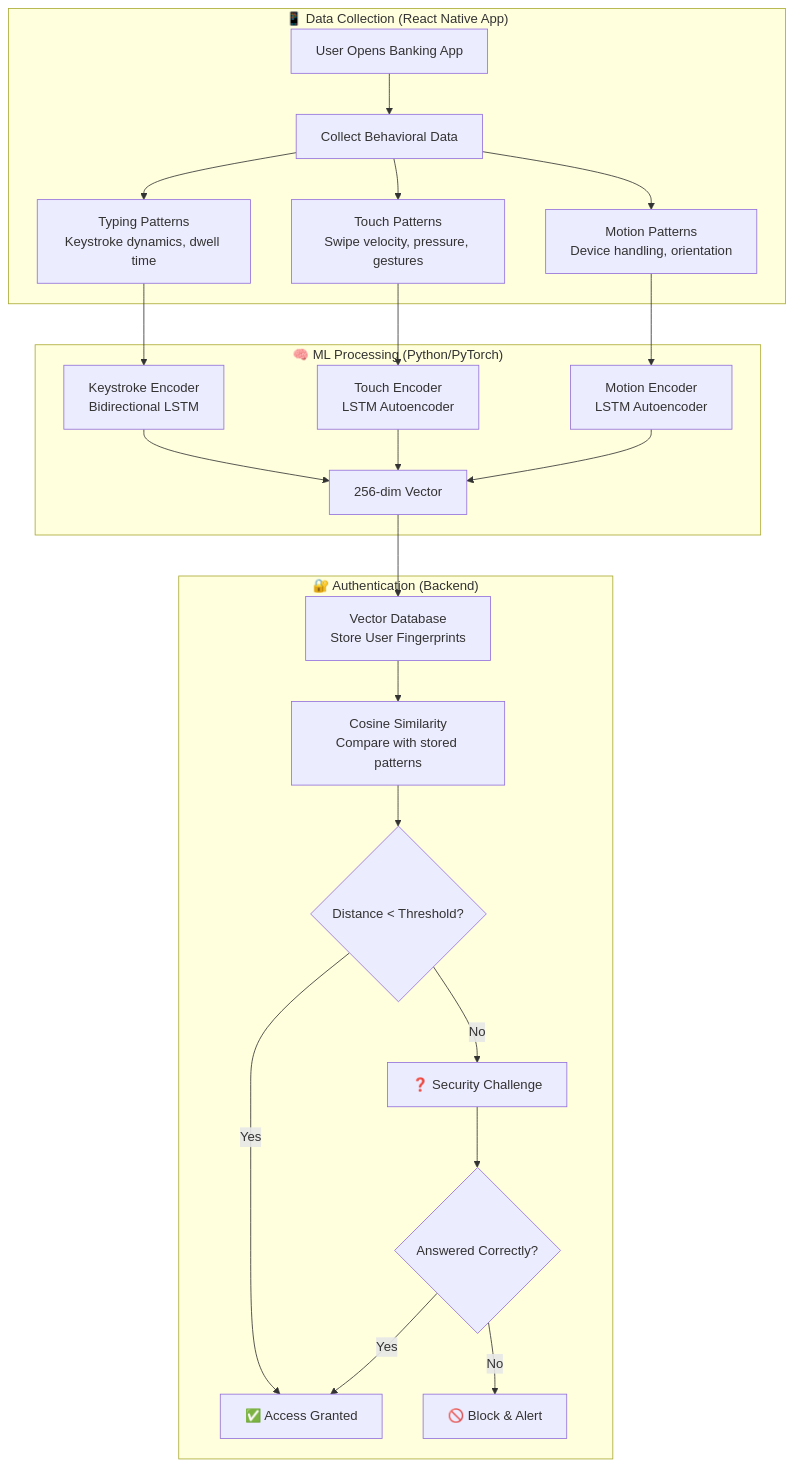
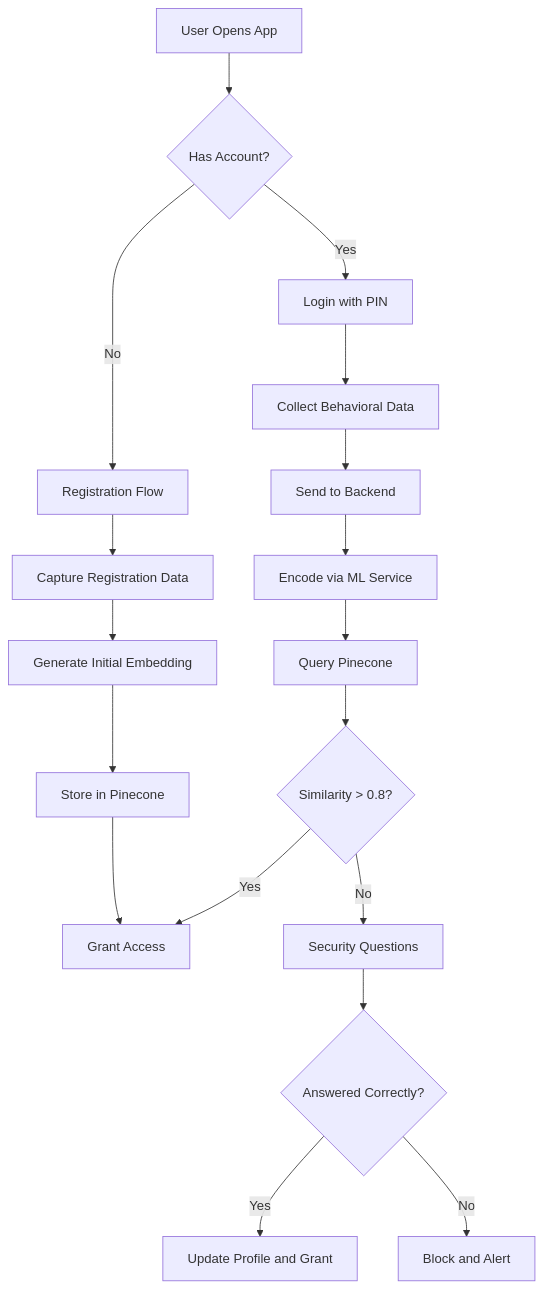
The third of 4 diagrams in README.md (kartik-shirale/behaviour-based-authentication), drawn with Mermaid before and after one commit. The commit also changed other lines of this file and 196 other files, not shown here.

````diff
--- a/README.md
+++ b/README.md
@@ -44,29 +146,24 @@
 ```mermaid
 flowchart TD
-    subgraph DATA["📱 Data Collection (React Native App)"]
-        A[User Opens Banking App] --> B[Collect Behavioral Data]
-        B --> C[Typing Patterns<br/>Keystroke dynamics, dwell time]
-        B --> D[Touch Patterns<br/>Swipe velocity, pressure, gestures]
-        B --> E[Motion Patterns<br/>Device handling, orientation]
-    end
-
-    subgraph ML["🧠 ML Processing (Python/PyTorch)"]
-        C --> F[Keystroke Encoder<br/>Bidirectional LSTM]
-        D --> G[Touch Encoder<br/>LSTM Autoencoder]
-        E --> H[Motion Encoder<br/>LSTM Autoencoder]
-        F --> I[256-dim Vector]
-        G --> I
-        H --> I
-    end
-
-    subgraph AUTH["🔐 Authentication (Backend)"]
-        I --> J[Vector Database<br/>Store User Fingerprints]
-        J --> K[Cosine Similarity<br/>Compare with stored patterns]
-        K --> L{Distance < Threshold?}
-        L -->|Yes| M[✅ Access Granted]
-        L -->|No| N[❓ Security Challenge]
-        N --> O{Answered Correctly?}
-        O -->|Yes| M
-        O -->|No| P[🚫 Block & Alert]
-    end
+    A[User Opens App] --> B{Has Account?}
+    B -->|No| C[Registration Flow]
+    B -->|Yes| D[Login with PIN]
+    
+    D --> E[Collect Behavioral Data]
+    E --> F[Send to Backend]
+    F --> G[Encode via ML Service]
+    G --> H[Query Pinecone]
+    H --> I{Similarity > 0.8?}
+    
+    I -->|Yes| J[Grant Access]
+    I -->|No| K[Security Questions]
+    
+    K --> L{Answered Correctly?}
+    L -->|Yes| M[Update Profile and Grant]
+    L -->|No| N[Block and Alert]
+    
+    C --> O[Capture Registration Data]
+    O --> P[Generate Initial Embedding]
+    P --> Q[Store in Pinecone]
+    Q --> J
 ```
````
